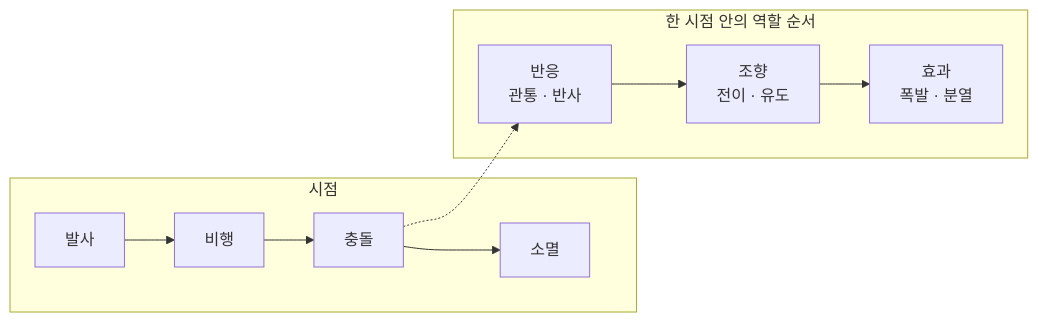
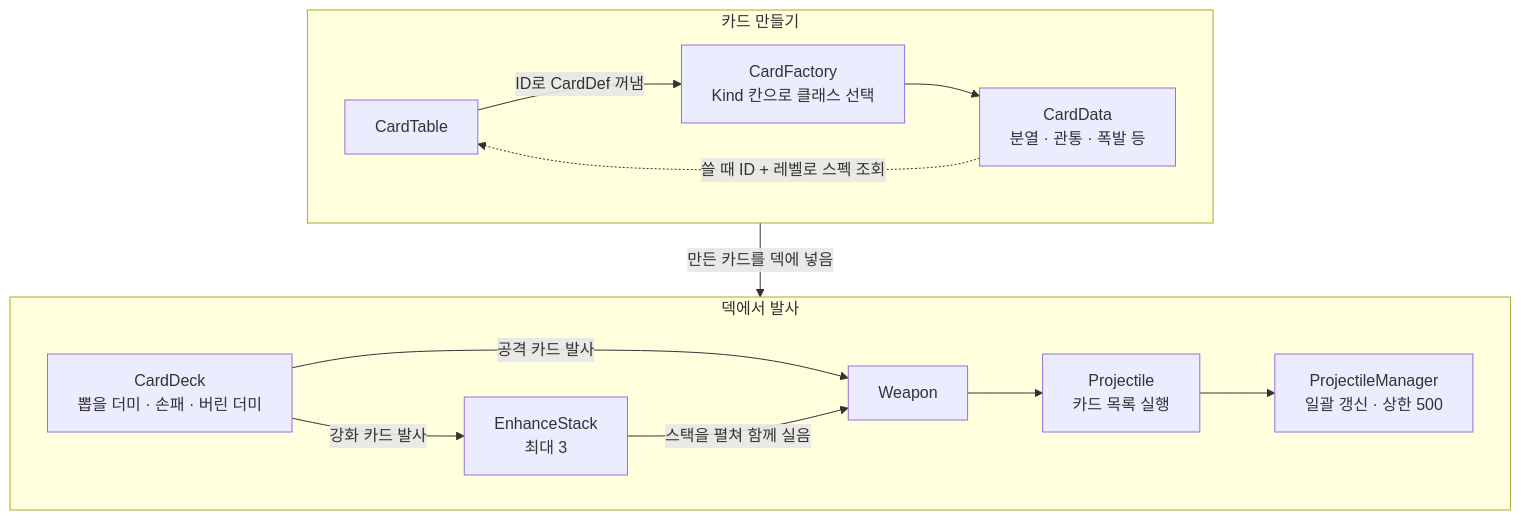
One commit to SaGiKun4/portfolio-SaGiKun4 changed the third of 4 diagrams in src/03-MagiCard/MagiCard_기술문서.md. Above: the diagram before and after it, drawn with Mermaid. The commit also changed other lines of this file and 1 other file, not shown here.

First line of the commit message:
MagiCard 기술 문서: 2.1 카드 데이터 흐름을 다이어그램 2개로 나누고 2.2 실행 순서를 표로 바꿈

````diff
--- a/src/03-MagiCard/MagiCard_기술문서.md
+++ b/src/03-MagiCard/MagiCard_기술문서.md
@@ -96,10 +98,18 @@
 ```mermaid
-flowchart LR
-    subgraph 시점
-        T1["발사"] --> T2["비행"] --> T3["충돌"] --> T4["소멸"]
+flowchart TB
+    subgraph MAKE["카드 만들기"]
+        direction LR
+        CT["CardTable"] -->|"ID로 CardDef 꺼냄"| CF["CardFactory<br/>Kind 칸으로 클래스 선택"]
+        CF --> CD["CardData<br/>분열 · 관통 · 폭발 등"]
+        CD -.->|"쓸 때 ID + 레벨로 스펙 조회"| CT
     end
-    subgraph 한 시점 안의 역할 순서
-        R1["반응<br/>관통 · 반사"] --> R2["조향<br/>전이 · 유도"] --> R3["효과<br/>폭발 · 분열"]
+    subgraph FIRE["덱에서 발사"]
+        direction LR
+        DK["CardDeck<br/>뽑을 더미 · 손패 · 버린 더미"] -->|"공격 카드 발사"| W["Weapon"]
+        DK -->|"강화 카드 발사"| ES["EnhanceStack<br/>최대 3"]
+        ES -->|"스택을 펼쳐 함께 실음"| W
+        W --> P["Projectile<br/>카드 목록 실행"]
+        P --> PM["ProjectileManager<br/>일괄 갱신 · 상한 500"]
     end
-    T3 -.-> R1
+    MAKE -->|"만든 카드를 덱에 넣음"| FIRE
 ```
````
